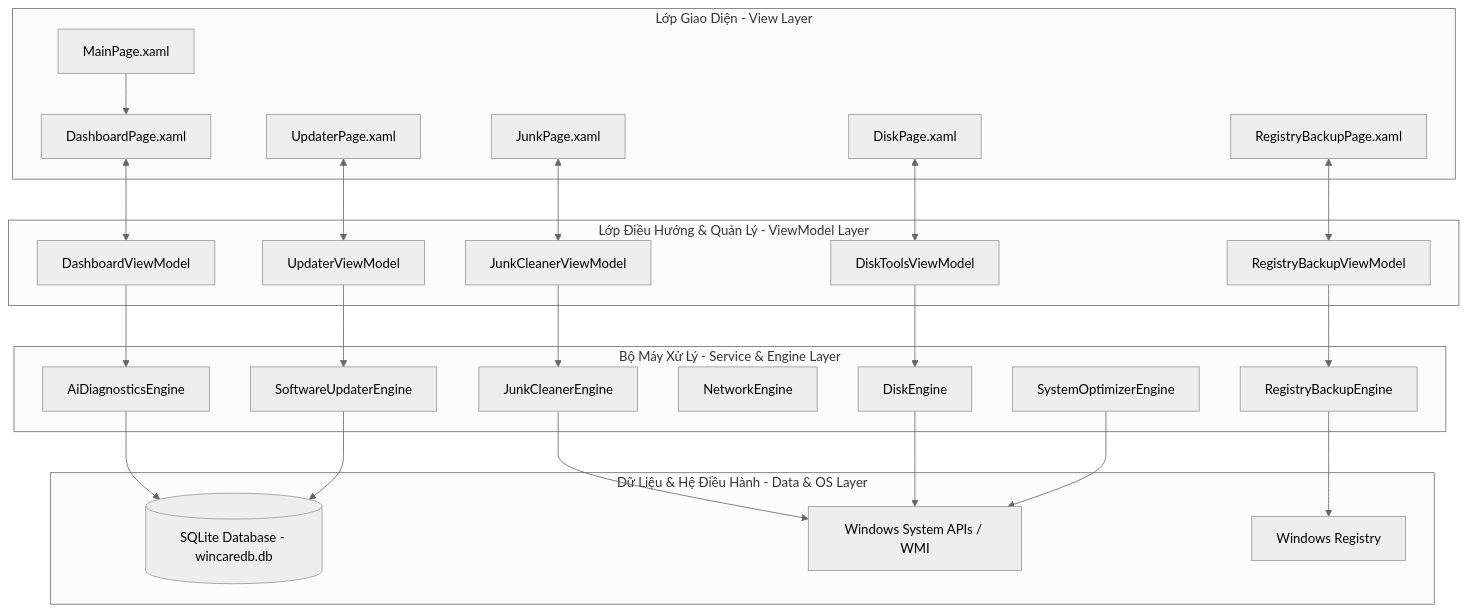
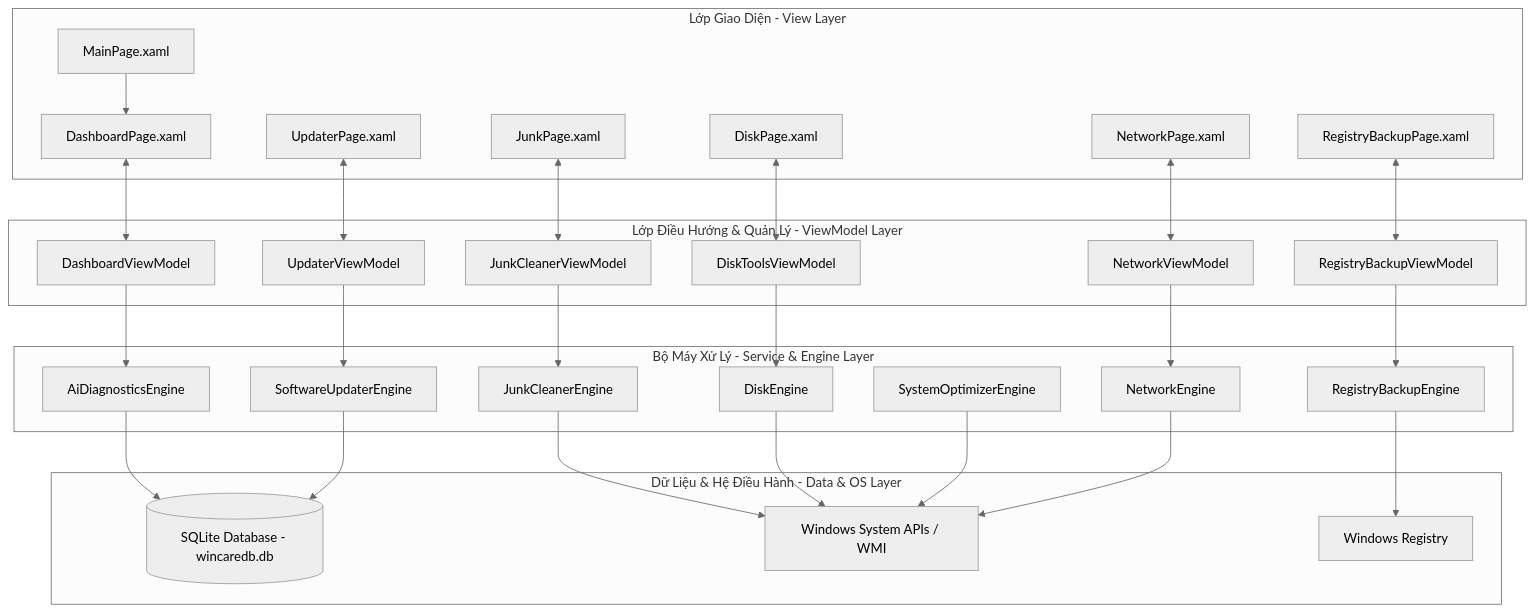
The diagram in README.md (Nguyen-Trung-Tien/WinCarePro), drawn with Mermaid (neutral theme) before and after one commit. The commit also changed other lines of this file and 33 other files, not shown here.

````diff
--- a/README.md
+++ b/README.md
@@ -38,57 +38,62 @@
 ```mermaid
 graph TD
     %% Định nghĩa các lớp
     subgraph UI [Lớp Giao Diện - View Layer]
         MainPage[MainPage.xaml]
         DashboardPage[DashboardPage.xaml]
         JunkPage[JunkPage.xaml]
         DiskPage[DiskPage.xaml]
         RegistryBackupPage[RegistryBackupPage.xaml]
         UpdaterPage[UpdaterPage.xaml]
+        NetworkPage[NetworkPage.xaml]
     end
 
     subgraph Logic [Lớp Điều Hướng & Quản Lý - ViewModel Layer]
         DashboardVM[DashboardViewModel]
         JunkVM[JunkCleanerViewModel]
         DiskToolsVM[DiskToolsViewModel]
         RegistryVM[RegistryBackupViewModel]
         UpdaterVM[UpdaterViewModel]
+        NetworkVM[NetworkViewModel]
     end
 
     subgraph CoreEngine [Bộ Máy Xử Lý - Service & Engine Layer]
         AiDiagnostics[AiDiagnosticsEngine]
         JunkCleaner[JunkCleanerEngine]
         DiskEngine[DiskEngine]
         NetEngine[NetworkEngine]
         SysOptimizer[SystemOptimizerEngine]
         RegistryBackup[RegistryBackupEngine]
         SoftwareUpdater[SoftwareUpdaterEngine]
     end
 
     subgraph DataOS [Dữ Liệu & Hệ Điều Hành - Data & OS Layer]
         SqliteDB[(SQLite Database - wincaredb.db)]
         WinAPI[Windows System APIs / WMI]
         RegistryStore[Windows Registry]
     end
 
     %% Luồng liên kết dữ liệu
     MainPage --> DashboardPage
     DashboardPage <--> DashboardVM
     JunkPage <--> JunkVM
     DiskPage <--> DiskToolsVM
     RegistryBackupPage <--> RegistryVM
     UpdaterPage <--> UpdaterVM
+    NetworkPage <--> NetworkVM
 
     DashboardVM --> AiDiagnostics
     JunkVM --> JunkCleaner
     DiskToolsVM --> DiskEngine
     RegistryVM --> RegistryBackup
     UpdaterVM --> SoftwareUpdater
+    NetworkVM --> NetEngine
 
     AiDiagnostics --> SqliteDB
     JunkCleaner --> WinAPI
     DiskEngine --> WinAPI
     RegistryBackup --> RegistryStore
     SoftwareUpdater --> SqliteDB
     SysOptimizer --> WinAPI
+    NetEngine --> WinAPI
 ```
````
